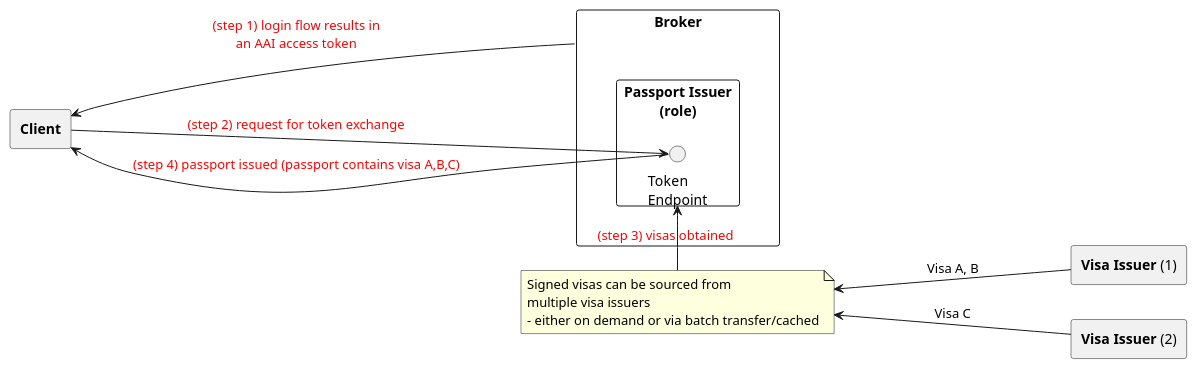
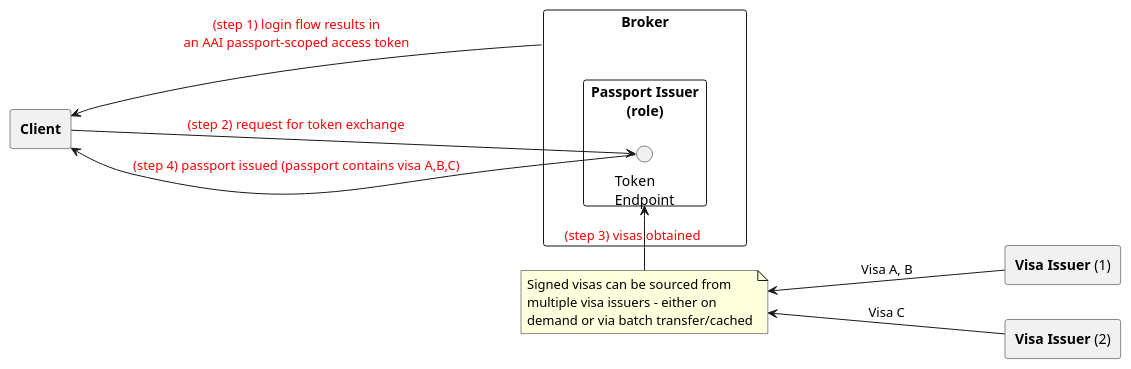
The second of 2 diagrams in AAI/AAIConnectProfile.md (ga4gh/data-security), drawn with PlantUML before and after one commit. The commit also changed other lines of this file and 1 other file, not shown here.

Commit message:
Add to README Minor fix to diagram

```diff
--- a/AAI/AAIConnectProfile.md
+++ b/AAI/AAIConnectProfile.md
@@ -482,26 +483,26 @@
 @startuml
 skinparam componentStyle rectangle
 left to right direction
 
 component "<b>Client</b>" as Client
 
 component "<b>Broker</b>" as Broker {
 component "<b>Passport Issuer</b>\n(role)" as PassportIssuer {
 interface "Token\nEndpoint" as TokenEndpoint
 }
 }
 
 component "<b>Visa Issuer</b> (1)" as VisaIssuer1
 component "<b>Visa Issuer</b> (2)" as VisaIssuer2
 
-note "Signed visas can be sourced from\nmultiple visa issuers\n- either on demand or via batch transfer/cached" as VisaNote
+note "Signed visas can be sourced from\nmultiple visa issuers - either on\ndemand or via batch transfer/cached" as VisaNote
 
 VisaIssuer1 --up--> VisaNote : Visa A, B
 VisaIssuer2 --up--> VisaNote : Visa C
 
-Client <-- Broker #text:red : (step 1) login flow results in\nan AAI access token
+Client <-- Broker #text:red : (step 1) login flow results in\nan AAI passport-scoped access token
 Client ---> TokenEndpoint #text:red : (step 2) request for token exchange
 VisaNote ---right---> PassportIssuer #text:red : (step 3) visas obtained
 Client <-- TokenEndpoint  #text:red : (step 4) passport issued (passport contains visa A,B,C)
 
 @enduml    
```
